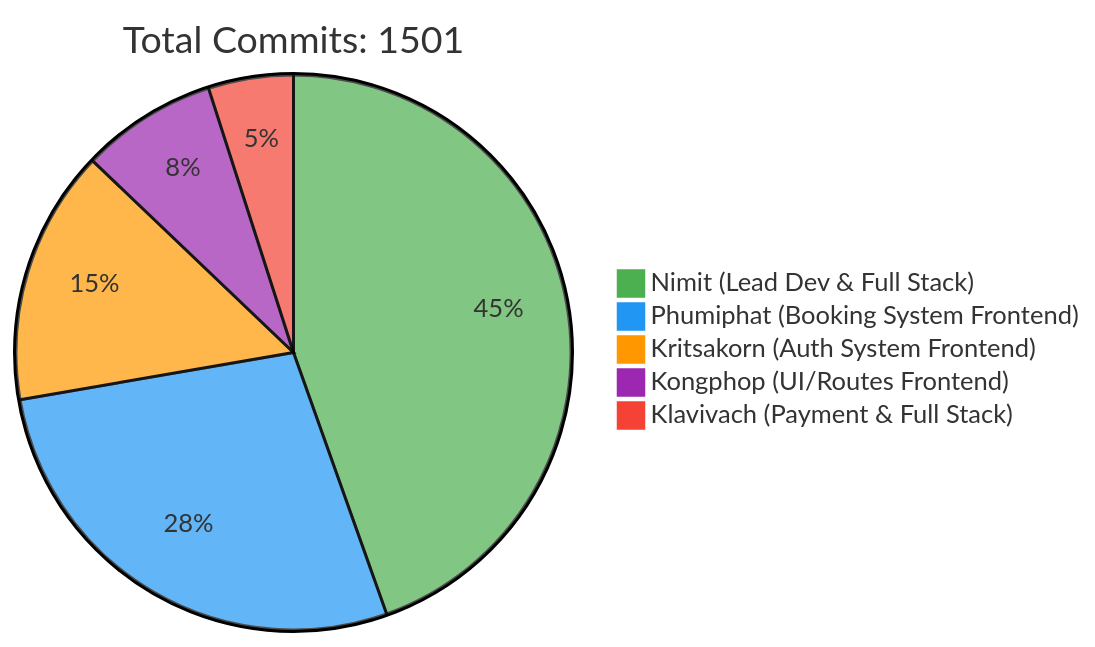
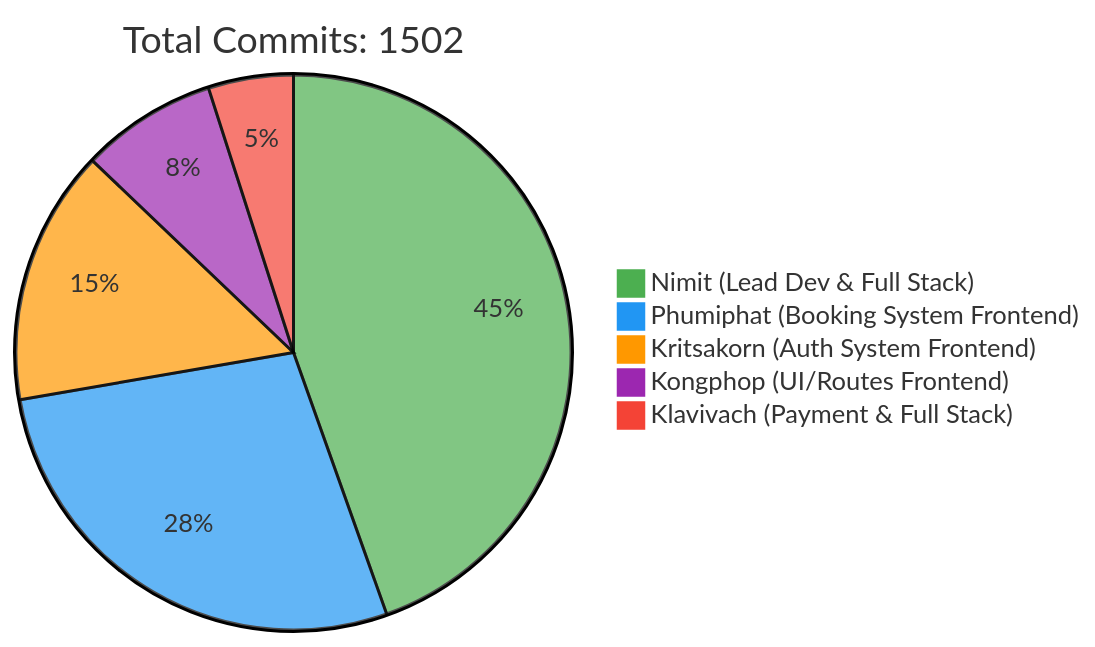
One commit to 6531503042/Sport-Complex changed the first of 2 diagrams in README.md. Above: the diagram before and after it, drawn with Mermaid. The commit also changed other lines of this file, not shown here.

Commit message:
docs: Update contributor statistics [skip ci]

````diff
--- a/README.md
+++ b/README.md
@@ -257,10 +257,10 @@
 ```mermaid
 %%{init: {'theme': 'base', 'themeVariables': { 'pie1': '#4CAF50', 'pie2': '#2196F3', 'pie3': '#FF9800', 'pie4': '#9C27B0', 'pie5': '#F44336'}}}%%
 pie
-    title Total Commits: 1501
+    title Total Commits: 1502
     "Nimit (Lead Dev & Full Stack)" : 450
     "Phumiphat (Booking System Frontend)" : 280
     "Kritsakorn (Auth System Frontend)" : 150
     "Kongphop (UI/Routes Frontend)" : 80
     "Klavivach (Payment & Full Stack)" : 50
 ```
````
